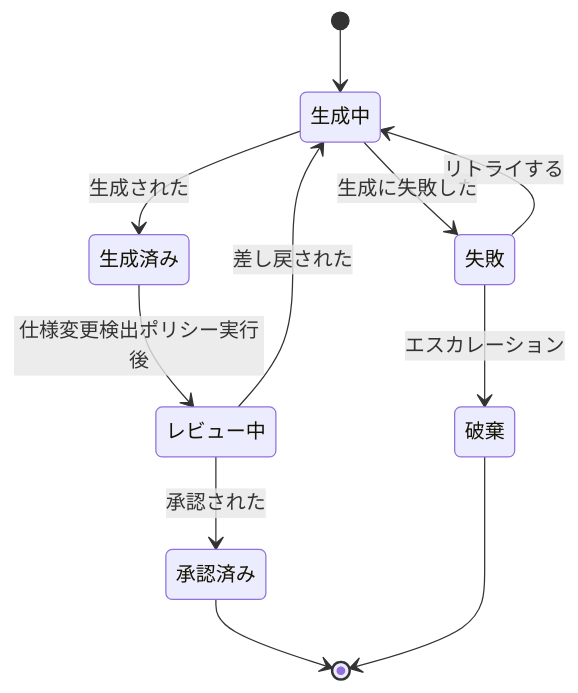
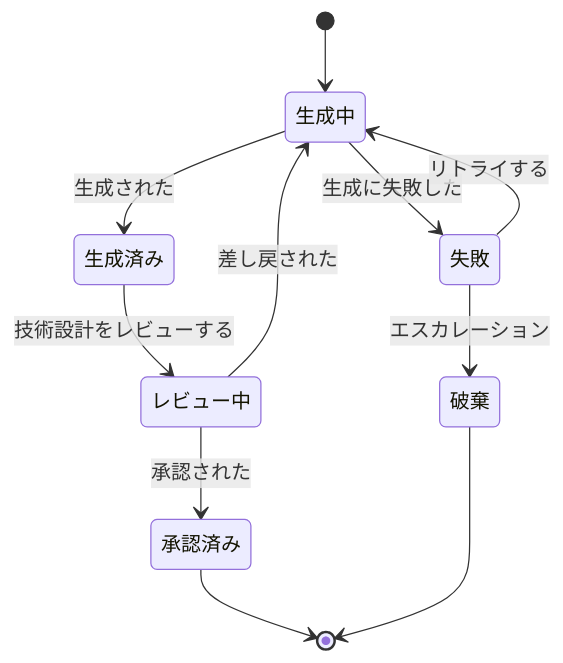
The fifth of 8 diagrams in docs/delivery-workflow/event-storming.md (kuchita-el/claude-shared-skills), drawn with Mermaid before and after one commit. The commit also changed other lines of this file, not shown here.

````diff
--- a/docs/delivery-workflow/event-storming.md
+++ b/docs/delivery-workflow/event-storming.md
@@ -324,13 +325,13 @@
 ```mermaid
 stateDiagram-v2
     [*] --> 生成中
     生成中 --> 生成済み: 生成された
     生成中 --> 失敗: 生成に失敗した
     失敗 --> 生成中: リトライする
     失敗 --> 破棄: エスカレーション
-    生成済み --> レビュー中: 仕様変更検出ポリシー実行後
+    生成済み --> レビュー中: 技術設計をレビューする
     レビュー中 --> 承認済み: 承認された
     レビュー中 --> 生成中: 差し戻された
     承認済み --> [*]
     破棄 --> [*]
 ```
````
